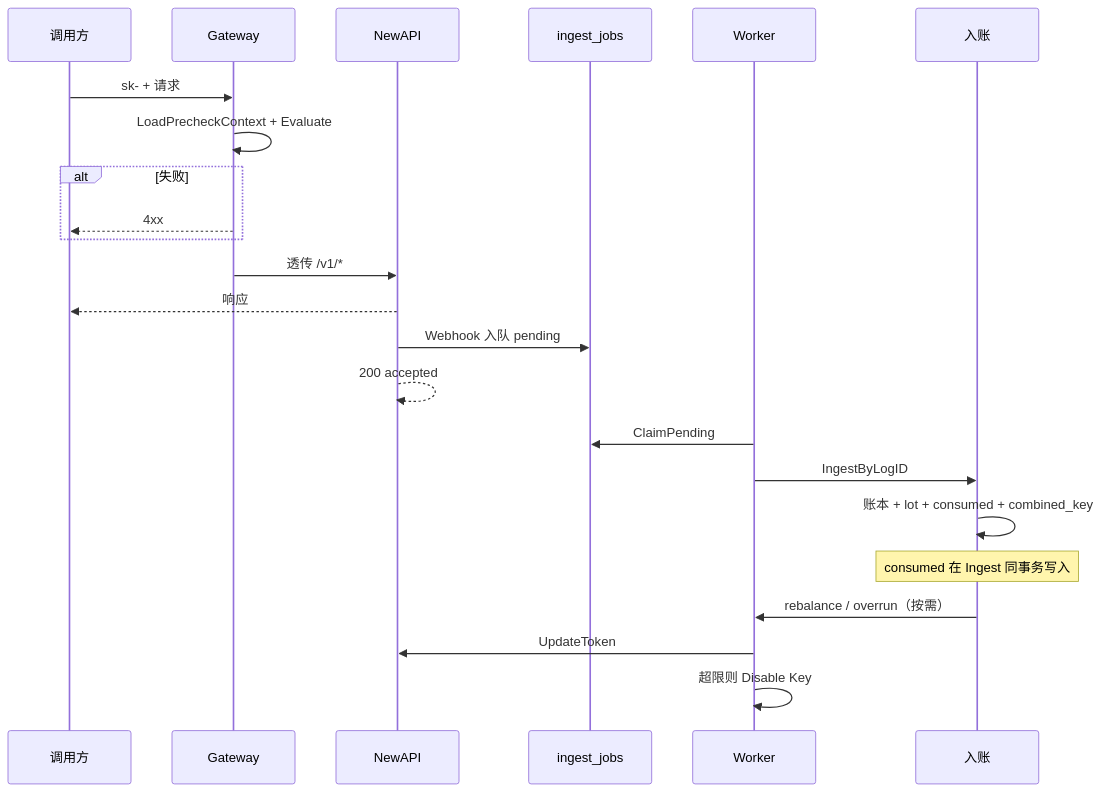
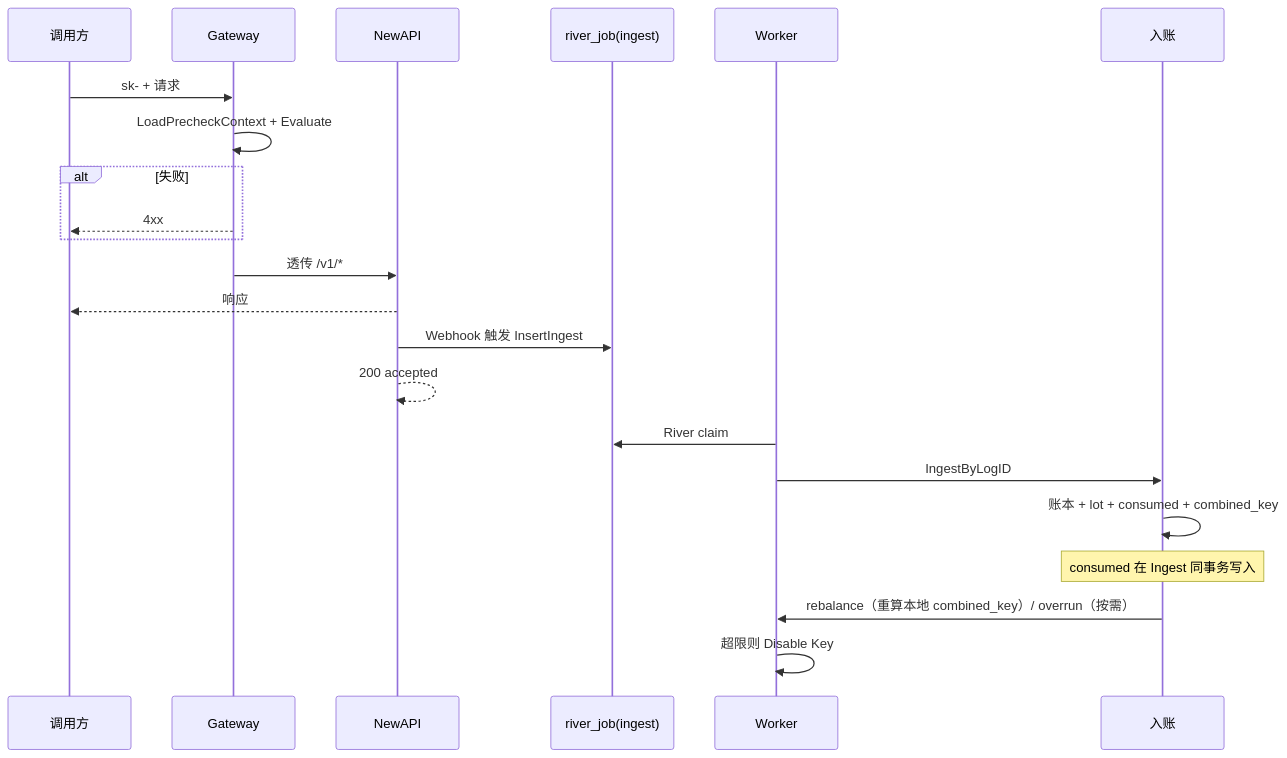
The fifth of 10 diagrams in apps/docs/Backend-预算.md (quyip8818/mytokenjoy), drawn with Mermaid before and after one commit. The commit also changed other lines of this file and 33 other files, not shown here.

````diff
--- a/apps/docs/Backend-预算.md
+++ b/apps/docs/Backend-预算.md
@@ -218,26 +218,25 @@
 ```mermaid
 sequenceDiagram
   participant C as 调用方
   participant GW as Gateway
   participant NA as NewAPI
-  participant Q as ingest_jobs
+  participant RJ as river_job(ingest)
   participant W as Worker
   participant ING as 入账
 
   C->>GW: sk- + 请求
   GW->>GW: LoadPrecheckContext + Evaluate
   alt 失败
     GW-->>C: 4xx
   end
   GW->>NA: 透传 /v1/*
   NA-->>C: 响应
-  NA->>Q: Webhook 入队 pending
+  NA->>RJ: Webhook 触发 InsertIngest
   NA-->>NA: 200 accepted
-  W->>Q: ClaimPending
+  W->>RJ: River claim
   W->>ING: IngestByLogID
   ING->>ING: 账本 + lot + consumed + combined_key
   Note over ING: consumed 在 Ingest 同事务写入
-  ING->>W: rebalance / overrun（按需）
-  W->>NA: UpdateToken
+  ING->>W: rebalance（重算本地 combined_key）/ overrun（按需）
   W->>W: 超限则 Disable Key
 ```
````
